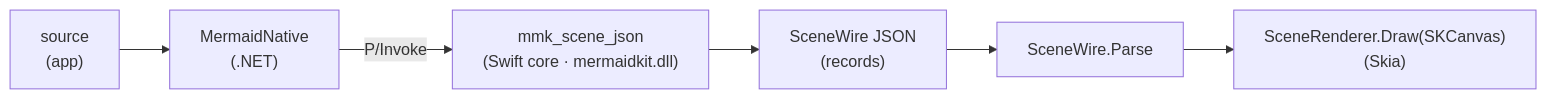
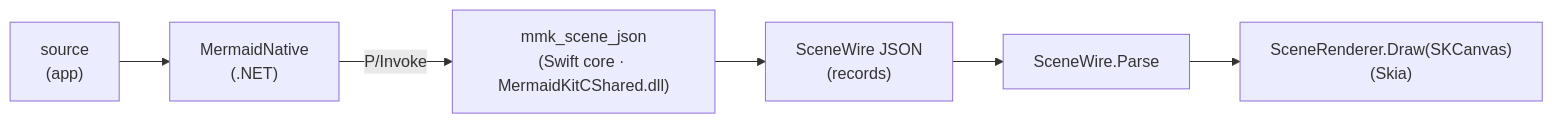
Before and after one commit to 2389-research/MermaidKit: the diagram in docs/notes/windows.md, drawn with Mermaid. The commit also changed other lines of this file and 6 other files, not shown here.

````diff
--- a/docs/notes/windows.md
+++ b/docs/notes/windows.md
@@ -21,8 +21,8 @@
 ```mermaid
 flowchart LR
     src["source<br/>(app)"] --> native["MermaidNative<br/>(.NET)"]
-    native -->|"P/Invoke"| core["mmk_scene_json<br/>(Swift core · mermaidkit.dll)"]
+    native -->|"P/Invoke"| core["mmk_scene_json<br/>(Swift core · MermaidKitCShared.dll)"]
     core --> wire["SceneWire JSON<br/>(records)"]
     wire --> parse["SceneWire.Parse"]
     parse --> draw["SceneRenderer.Draw(SKCanvas)<br/>(Skia)"]
 ```
````
